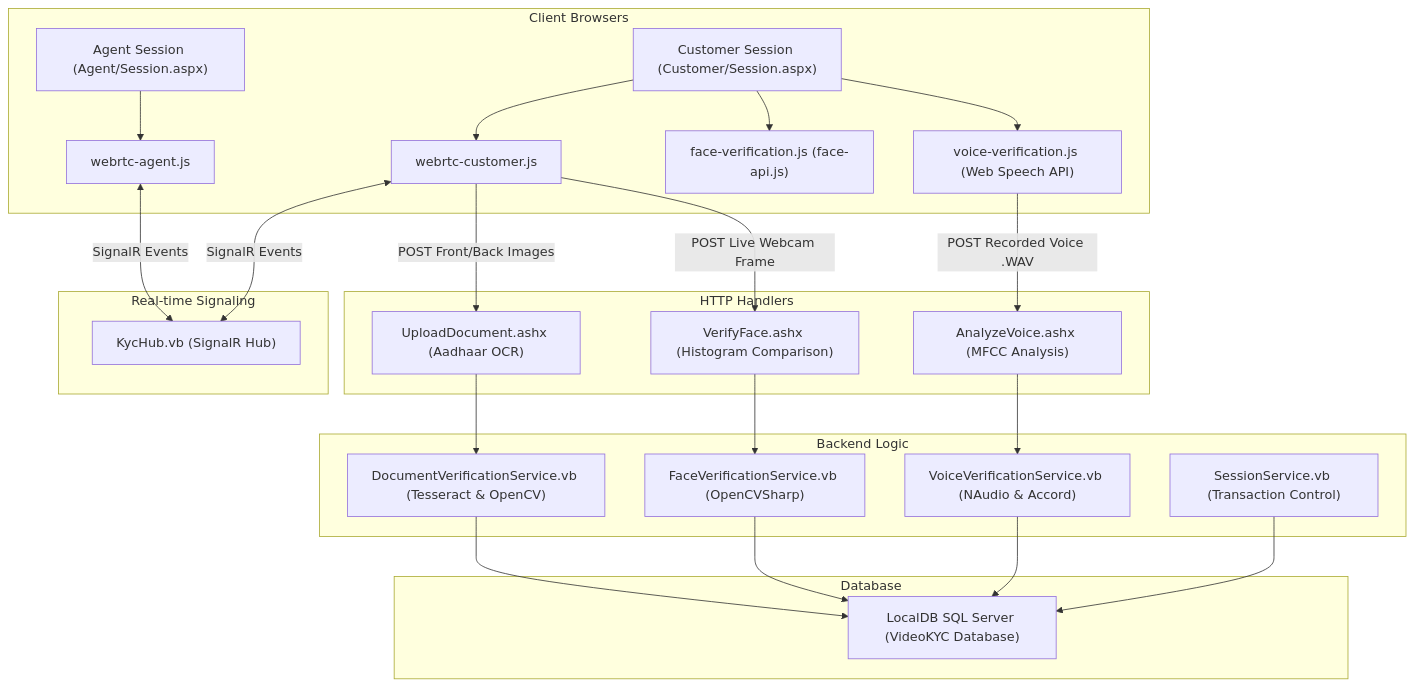
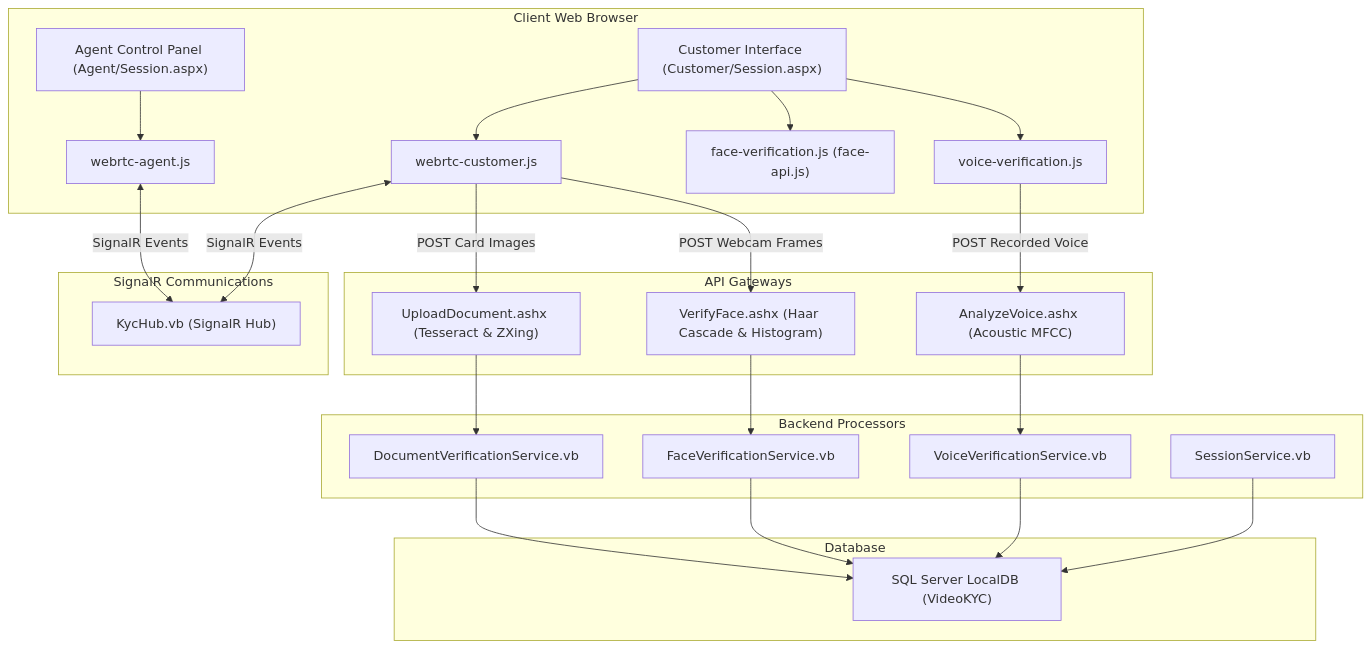
Before and after one commit to Harsh1314h/VideoKYC: the diagram in README.md, drawn with Mermaid. The commit also changed other lines of this file, not shown here.

Commit message:
Update README.md to make it professional, concise, and focused on features and architecture

````diff
--- a/README.md
+++ b/README.md
@@ -11,54 +22,56 @@
 ```mermaid
 graph TD
-    subgraph Client [Client Browsers]
-        AgentUI["Agent Session (Agent/Session.aspx)"]
-        CustUI["Customer Session (Customer/Session.aspx)"]
+    subgraph Client [Client Web Browser]
+        AgentUI["Agent Control Panel (Agent/Session.aspx)"]
+        CustUI["Customer Interface (Customer/Session.aspx)"]
         webrtcAgent["webrtc-agent.js"]
         webrtcCust["webrtc-customer.js"]
         faceJS["face-verification.js (face-api.js)"]
-        voiceJS["voice-verification.js (Web Speech API)"]
+        voiceJS["voice-verification.js"]
     end
 
-    subgraph Hub [Real-time Signaling]
+    subgraph Signaling [SignalR Communications]
         SignalR["KycHub.vb (SignalR Hub)"]
     end
 
-    subgraph Endpoints [HTTP Handlers]
-        UploadDoc["UploadDocument.ashx (Aadhaar OCR)"]
-        VerifyFace["VerifyFace.ashx (Histogram Comparison)"]
-        AnalyzeVoice["AnalyzeVoice.ashx (MFCC Analysis)"]
+    subgraph Handlers [API Gateways]
+        UploadDoc["UploadDocument.ashx (Tesseract & ZXing)"]
+        VerifyFace["VerifyFace.ashx (Haar Cascade & Histogram)"]
+        AnalyzeVoice["AnalyzeVoice.ashx (Acoustic MFCC)"]
     end
 
-    subgraph Services [Backend Logic]
-        DocService["DocumentVerificationService.vb (Tesseract & OpenCV)"]
-        FaceService["FaceVerificationService.vb (OpenCVSharp)"]
-        VoiceService["VoiceVerificationService.vb (NAudio & Accord)"]
-        SessionService["SessionService.vb (Transaction Control)"]
+    subgraph Services [Backend Processors]
+        DocService["DocumentVerificationService.vb"]
+        FaceService["FaceVerificationService.vb"]
+        VoiceService["VoiceVerificationService.vb"]
+        SessionService["SessionService.vb"]
     end
 
-    subgraph DB [Database]
-        SQL["LocalDB SQL Server (VideoKYC Database)"]
+    subgraph Storage [Database]
+        SQL["SQL Server LocalDB (VideoKYC)"]
     end
 
-    %% Connections
+    %% Media & Client-Hub Link
     AgentUI --> webrtcAgent
     CustUI --> webrtcCust
     CustUI --> faceJS
     CustUI --> voiceJS
-    
     webrtcAgent <-->|SignalR Events| SignalR
     webrtcCust <-->|SignalR Events| SignalR
 
-    webrtcCust -->|POST Front/Back Images| UploadDoc
-    webrtcCust -->|POST Live Webcam Frame| VerifyFace
-    voiceJS -->|POST Recorded Voice .WAV| AnalyzeVoice
+    %% File Upload Streams
+    webrtcCust -->|POST Card Images| UploadDoc
+    webrtcCust -->|POST Webcam Frames| VerifyFace
+    voiceJS -->|POST Recorded Voice| AnalyzeVoice
 
+    %% Processors Mapping
     UploadDoc --> DocService
     VerifyFace --> FaceService
     AnalyzeVoice --> VoiceService
-
+    
+    %% Storage Mapping
     DocService --> SQL
     FaceService --> SQL
     VoiceService --> SQL
     SessionService --> SQL
 ```
````
